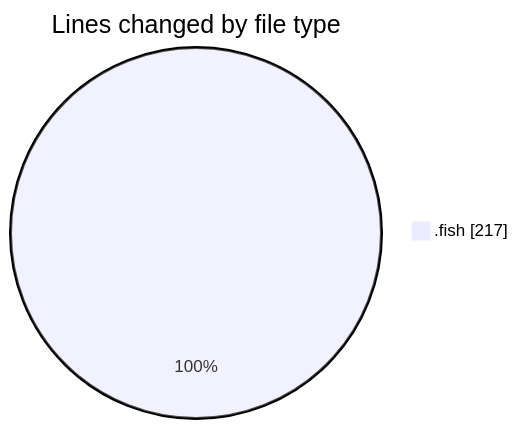
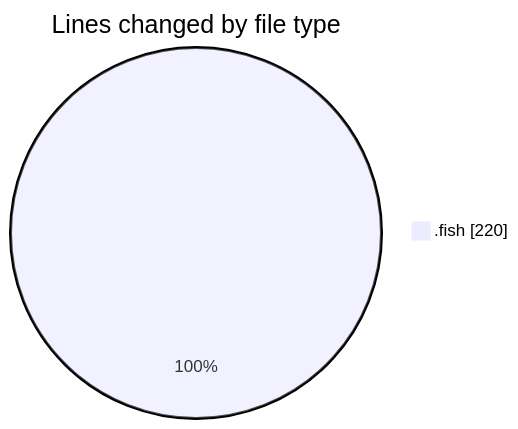
The first of 2 diagrams in 2025-08-06/fish/README.md (EIIisD/code-tracking), drawn with Mermaid before and after one commit. The commit also changed other lines of this file and 1 other file, not shown here.

````diff
--- a/2025-08-06/fish/README.md
+++ b/2025-08-06/fish/README.md
@@ -22,5 +22,5 @@
 ```mermaid
 pie showData
 title Lines changed by file type
-".fish" : 217
+".fish" : 220
 ```
````
